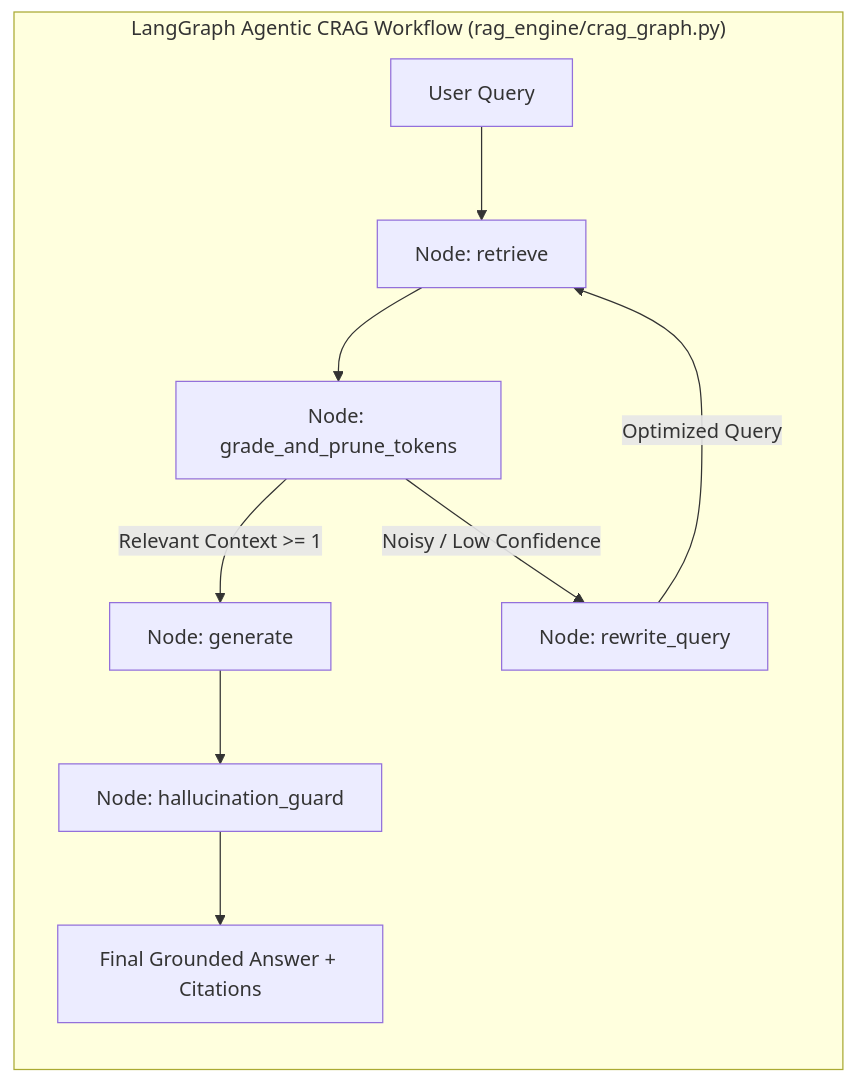
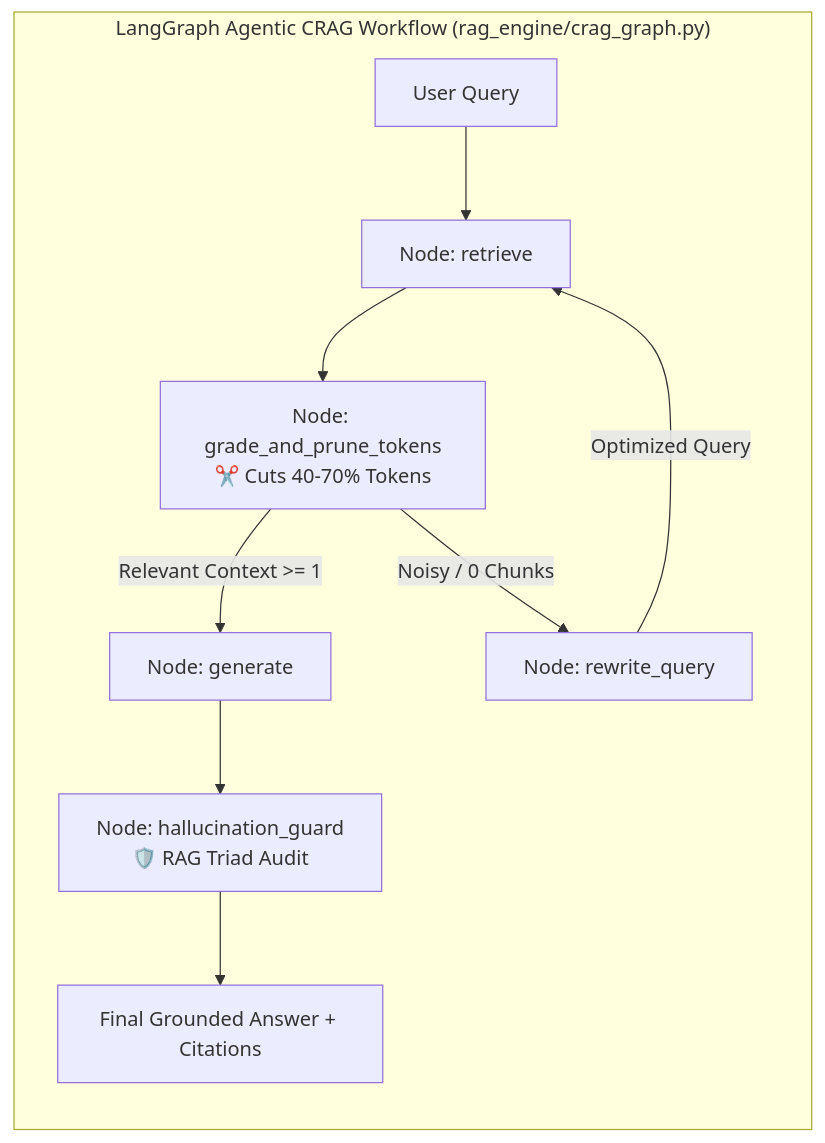
One commit to Sanil656/multimodal-doc-rag-crag changed the diagram in README.md. Above: the diagram before and after it, drawn with Mermaid. The commit also changed other lines of this file and 9 other files, not shown here.

Commit message:
feat: added RAG Triad evaluation suite (Context Relevance, Faithfulness, Answer Relevance) and benchmark hub

````diff
--- a/README.md
+++ b/README.md
@@ -57,12 +60,12 @@
 ```mermaid
 graph LR
     subgraph "LangGraph Agentic CRAG Workflow (rag_engine/crag_graph.py)"
         A[User Query] --> B[Node: retrieve]
-        B --> C[Node: grade_and_prune_tokens]
+        B --> C[Node: grade_and_prune_tokens<br>✂️ Cuts 40-70% Tokens]
         C -->|Relevant Context >= 1| D[Node: generate]
-        C -->|Noisy / Low Confidence| E[Node: rewrite_query]
+        C -->|Noisy / 0 Chunks| E[Node: rewrite_query]
         E -->|Optimized Query| B
-        D --> G[Node: hallucination_guard]
+        D --> G[Node: hallucination_guard<br>🛡️ RAG Triad Audit]
         G --> F[Final Grounded Answer + Citations]
     end
 ```
````
